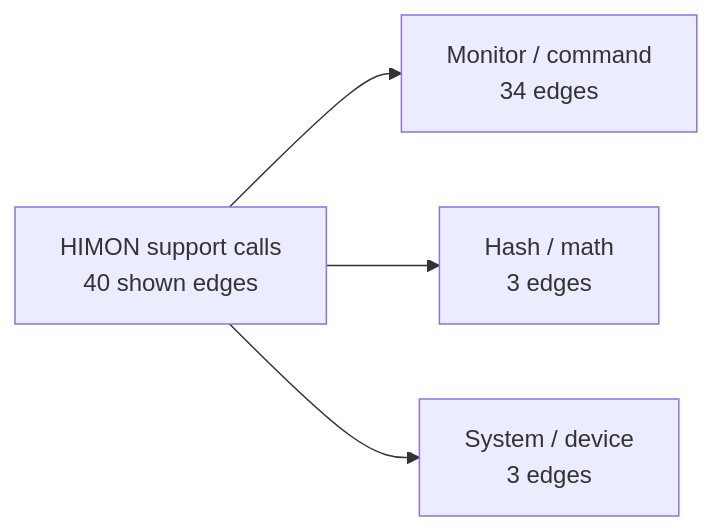
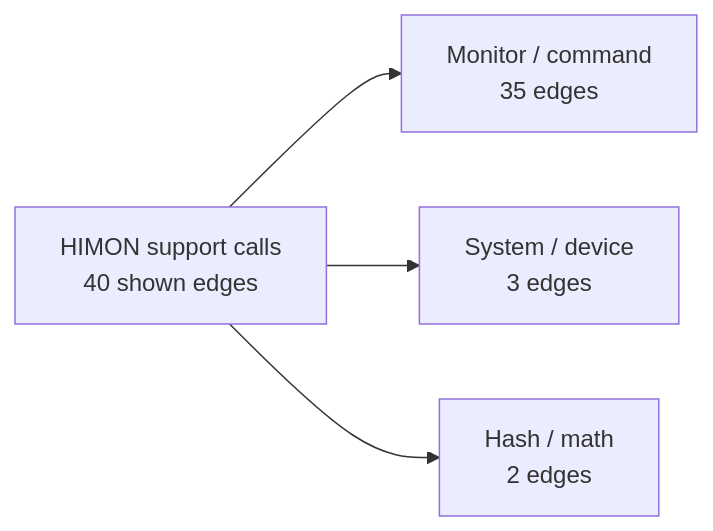
The first of 6 diagrams in DOC/GENERATED/HIMON_SUPPORT_MAP.md (95westus/R-YORS), drawn with Mermaid before and after one commit. The commit also changed other lines of this file and 85 other files, not shown here.

````diff
--- a/DOC/GENERATED/HIMON_SUPPORT_MAP.md
+++ b/DOC/GENERATED/HIMON_SUPPORT_MAP.md
@@ -16,6 +16,6 @@
 ```mermaid
 flowchart LR
-    MAP_ROOT_HIMON_SUPPORT_CALLS["HIMON support calls<br/>40 shown edges"] --> MAP_FAMILY_MONITOR___COMMAND["Monitor / command<br/>34 edges"]
-    MAP_ROOT_HIMON_SUPPORT_CALLS["HIMON support calls<br/>40 shown edges"] --> MAP_FAMILY_HASH___MATH["Hash / math<br/>3 edges"]
+    MAP_ROOT_HIMON_SUPPORT_CALLS["HIMON support calls<br/>40 shown edges"] --> MAP_FAMILY_MONITOR___COMMAND["Monitor / command<br/>35 edges"]
     MAP_ROOT_HIMON_SUPPORT_CALLS["HIMON support calls<br/>40 shown edges"] --> MAP_FAMILY_SYSTEM___DEVICE["System / device<br/>3 edges"]
+    MAP_ROOT_HIMON_SUPPORT_CALLS["HIMON support calls<br/>40 shown edges"] --> MAP_FAMILY_HASH___MATH["Hash / math<br/>2 edges"]
 ```
````
